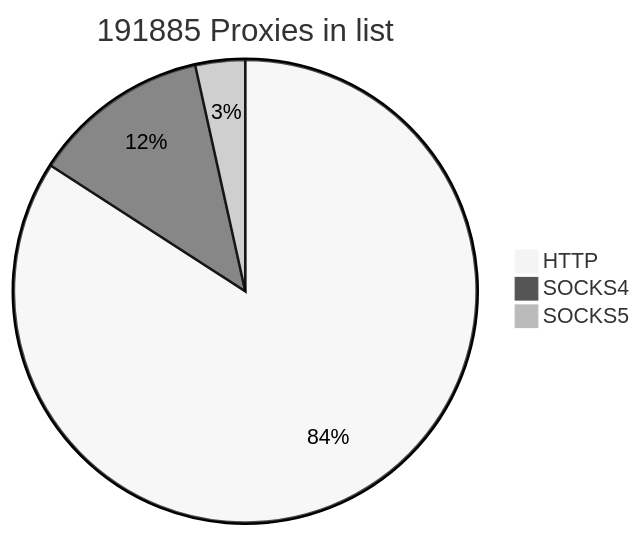
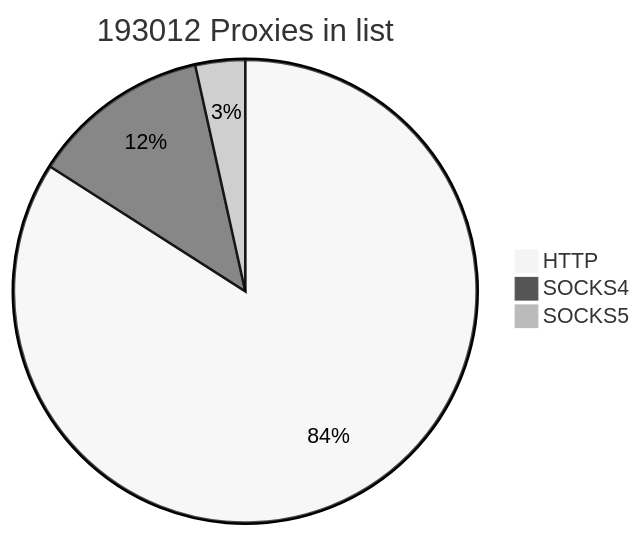
The first of 2 diagrams in README.md (cutipu/proxylist), drawn with Mermaid (neutral theme) before and after one commit. The commit also changed other lines of this file, not shown here.

````diff
--- a/README.md
+++ b/README.md
@@ -2,7 +2,7 @@
 ```mermaid
-pie title 191885 Proxies in list
-    "HTTP" : 161433
-    "SOCKS4" : 23796
-    "SOCKS5" : 6656
+pie title 193012 Proxies in list
+    "HTTP" : 162229
+    "SOCKS4" : 24087
+    "SOCKS5" : 6696
             
 ```
````
